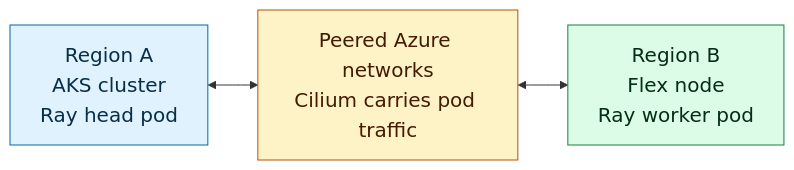
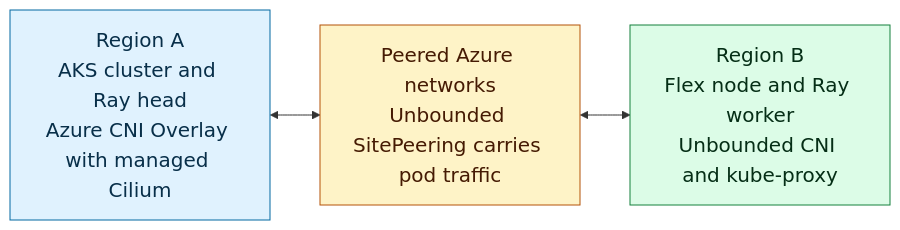
One commit to KenKilty/aks-flex-anyscale-lab changed the first of 2 diagrams in docs/ai-workloads-on-aks/aks-flex-anyscale-multi-region.mdx. Above: the diagram before and after it, drawn with Mermaid. The commit also changed other lines of this file and 27 other files, not shown here.

Commit message:
Prove managed Cilium and Unbounded mixed CNI

````diff
--- a/docs/ai-workloads-on-aks/aks-flex-anyscale-multi-region.mdx
+++ b/docs/ai-workloads-on-aks/aks-flex-anyscale-multi-region.mdx
@@ -68,15 +68,15 @@
 ```mermaid
 flowchart LR
-  regionA["Region A<br/>AKS cluster<br/>Ray head pod"]
-  network["Peered Azure networks<br/>Cilium carries pod traffic"]
-  regionB["Region B<br/>Flex node<br/>Ray worker pod"]
+  regionA["Region A<br/>AKS cluster and Ray head<br/>Azure CNI Overlay with managed Cilium"]
+  network["Peered Azure networks<br/>Unbounded SitePeering carries pod traffic"]
+  regionB["Region B<br/>Flex node and Ray worker<br/>Unbounded CNI and kube-proxy"]
 
   regionA <--> network <--> regionB
 
   classDef home fill:#e0f2fe,stroke:#0369a1,color:#082f49,font-size:20px
   classDef link fill:#fef3c7,stroke:#b45309,color:#451a03,font-size:20px
   classDef flex fill:#dcfce7,stroke:#15803d,color:#052e16,font-size:20px
   class regionA home
   class network link
   class regionB flex
 ```
````
